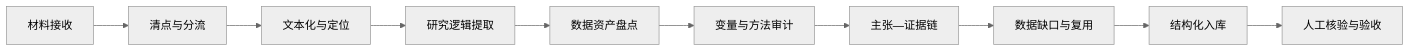
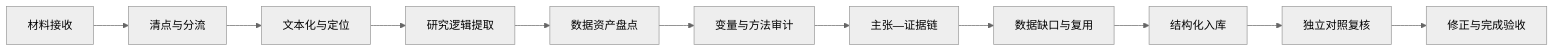
Before and after one commit to 169068671/Teaching-and-Research-Data-Warehouse: the diagram in 05_工作流/教科研材料数据化分解工作流.md, drawn with Mermaid (neutral theme). The commit also changed other lines of this file and 13 other files, not shown here.

````diff
--- a/05_工作流/教科研材料数据化分解工作流.md
+++ b/05_工作流/教科研材料数据化分解工作流.md
@@ -35,12 +35,13 @@
 ```mermaid
 flowchart LR
     A["材料接收"] --> B["清点与分流"]
     B --> C["文本化与定位"]
     C --> D["研究逻辑提取"]
     D --> E["数据资产盘点"]
     E --> F["变量与方法审计"]
     F --> G["主张—证据链"]
     G --> H["数据缺口与复用"]
     H --> I["结构化入库"]
-    I --> J["人工核验与验收"]
+    I --> J["独立对照复核"]
+    J --> K["修正与完成验收"]
 ```
````
